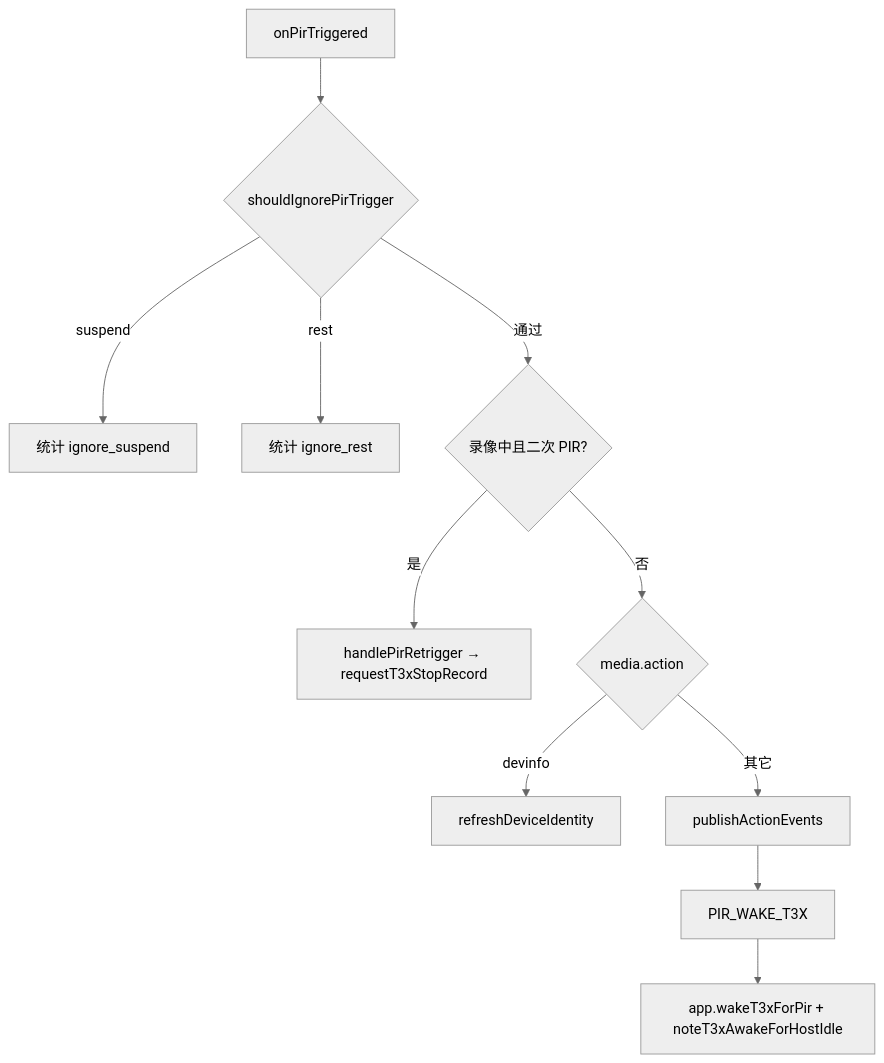
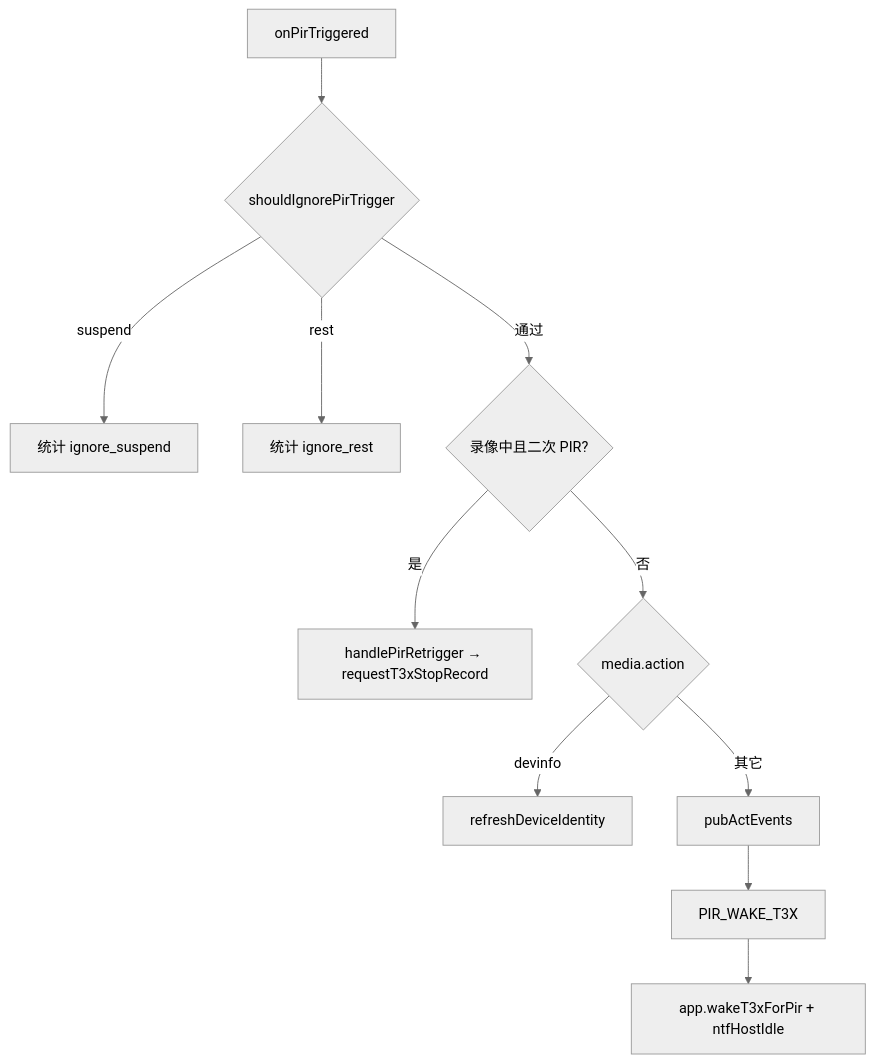
One commit to dzr1986/AIR780EHM changed the second of 2 diagrams in doc/modules/PIR_CTRL_FLOW.md. Above: the diagram before and after it, drawn with Mermaid (neutral theme). The commit also changed other lines of this file and 84 other files, not shown here.

````diff
--- a/doc/modules/PIR_CTRL_FLOW.md
+++ b/doc/modules/PIR_CTRL_FLOW.md
@@ -39,13 +39,13 @@
 ```mermaid
 flowchart TD
     T[onPirTriggered] --> IGN{shouldIgnorePirTrigger}
     IGN -->|suspend| END1[统计 ignore_suspend]
     IGN -->|rest| END2[统计 ignore_rest]
     IGN -->|通过| RET{录像中且二次 PIR?}
     RET -->|是| STOP[handlePirRetrigger → requestT3xStopRecord]
     RET -->|否| ACT{media.action}
     ACT -->|devinfo| DEV[refreshDeviceIdentity]
-    ACT -->|其它| PUB[publishActionEvents]
+    ACT -->|其它| PUB[pubActEvents]
     PUB --> WAKE[PIR_WAKE_T3X]
-    WAKE --> APP[app.wakeT3xForPir + noteT3xAwakeForHostIdle]
+    WAKE --> APP[app.wakeT3xForPir + ntfHostIdle]
 ```
````
